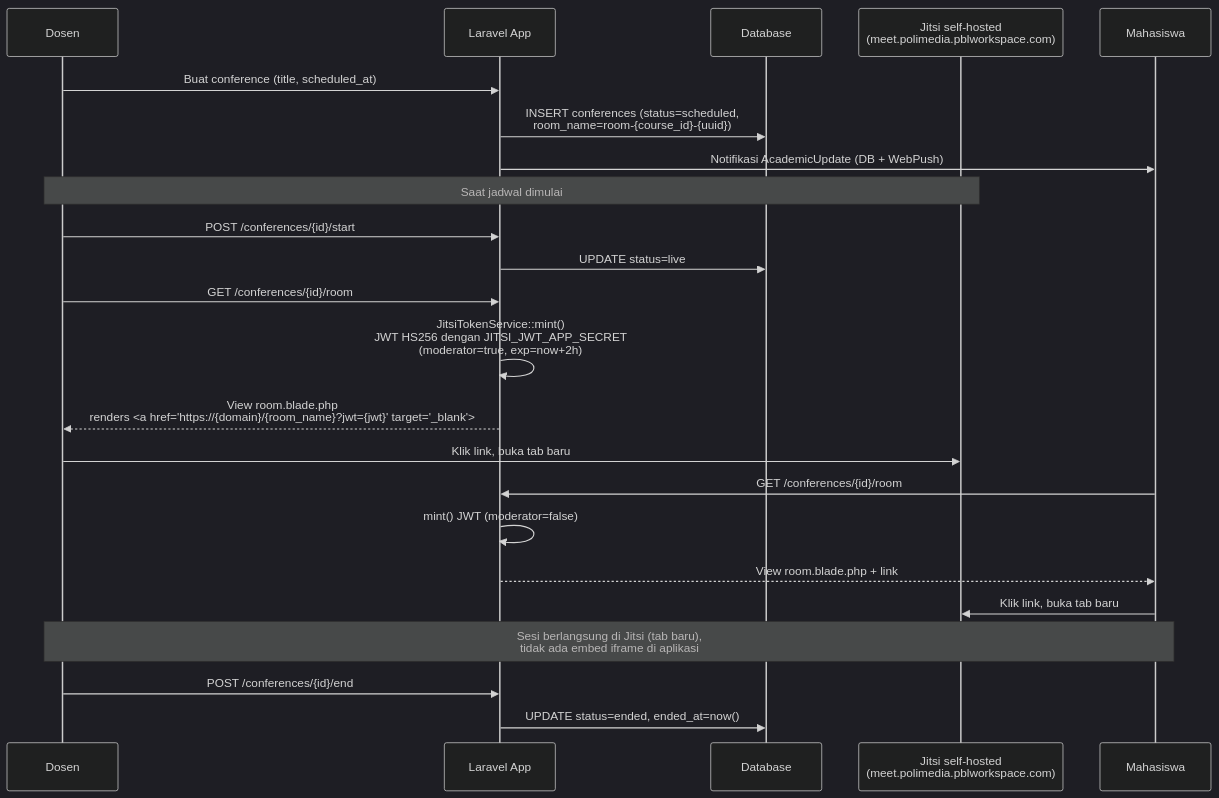
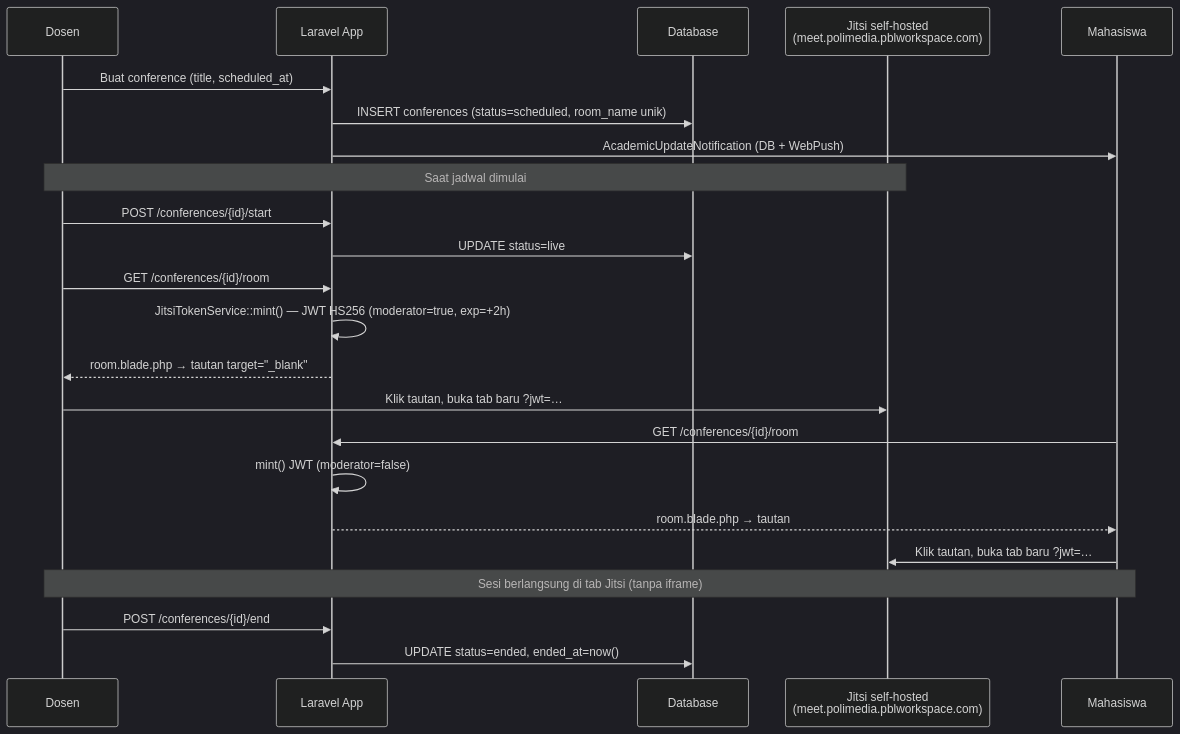
Before and after one commit to SendhyKurniawan/projectbasedlearning: the fifth of 7 diagrams in docs/bab4-implementasi.md, drawn with Mermaid (dark theme). The commit also changed other lines of this file and 279 other files, not shown here.

````diff
--- a/docs/bab4-implementasi.md
+++ b/docs/bab4-implementasi.md
@@ -836,26 +620,26 @@
 ```mermaid
 sequenceDiagram
     participant D as Dosen
     participant App as Laravel App
     participant DB as Database
     participant J as Jitsi self-hosted<br/>(meet.polimedia.pblworkspace.com)
     participant M as Mahasiswa
 
     D->>App: Buat conference (title, scheduled_at)
-    App->>DB: INSERT conferences (status=scheduled,<br/>room_name=room-{course_id}-{uuid})
-    App->>M: Notifikasi AcademicUpdate (DB + WebPush)
+    App->>DB: INSERT conferences (status=scheduled, room_name unik)
+    App->>M: AcademicUpdateNotification (DB + WebPush)
     Note over D,J: Saat jadwal dimulai
     D->>App: POST /conferences/{id}/start
     App->>DB: UPDATE status=live
     D->>App: GET /conferences/{id}/room
-    App->>App: JitsiTokenService::mint()<br/>JWT HS256 dengan JITSI_JWT_APP_SECRET<br/>(moderator=true, exp=now+2h)
-    App-->>D: View room.blade.php<br/>renders <a href="https://{domain}/{room_name}?jwt={jwt}" target="_blank">
-    D->>J: Klik link, buka tab baru
+    App->>App: JitsiTokenService::mint() — JWT HS256 (moderator=true, exp=+2h)
+    App-->>D: room.blade.php → tautan target="_blank"
+    D->>J: Klik tautan, buka tab baru ?jwt=…
     M->>App: GET /conferences/{id}/room
     App->>App: mint() JWT (moderator=false)
-    App-->>M: View room.blade.php + link
-    M->>J: Klik link, buka tab baru
-    Note over D,M: Sesi berlangsung di Jitsi (tab baru),<br/>tidak ada embed iframe di aplikasi
+    App-->>M: room.blade.php → tautan
+    M->>J: Klik tautan, buka tab baru ?jwt=…
+    Note over D,M: Sesi berlangsung di tab Jitsi (tanpa iframe)
     D->>App: POST /conferences/{id}/end
     App->>DB: UPDATE status=ended, ended_at=now()
 ```
````
